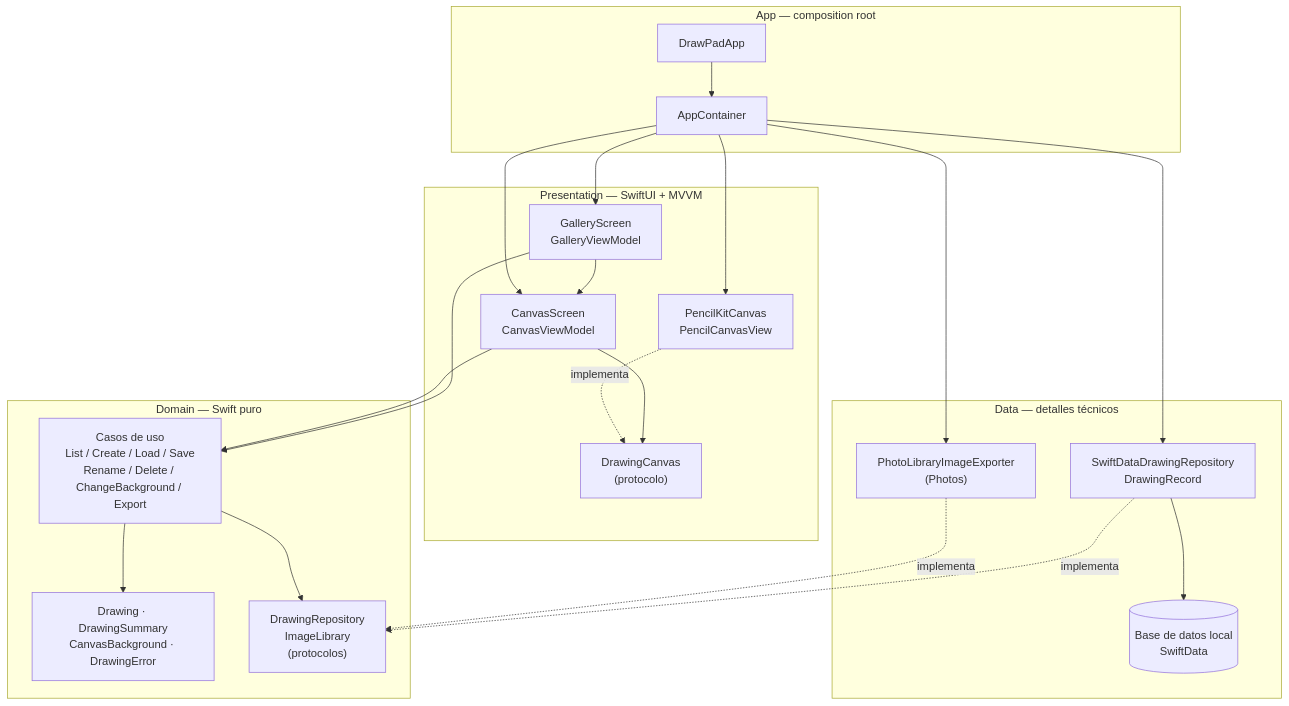
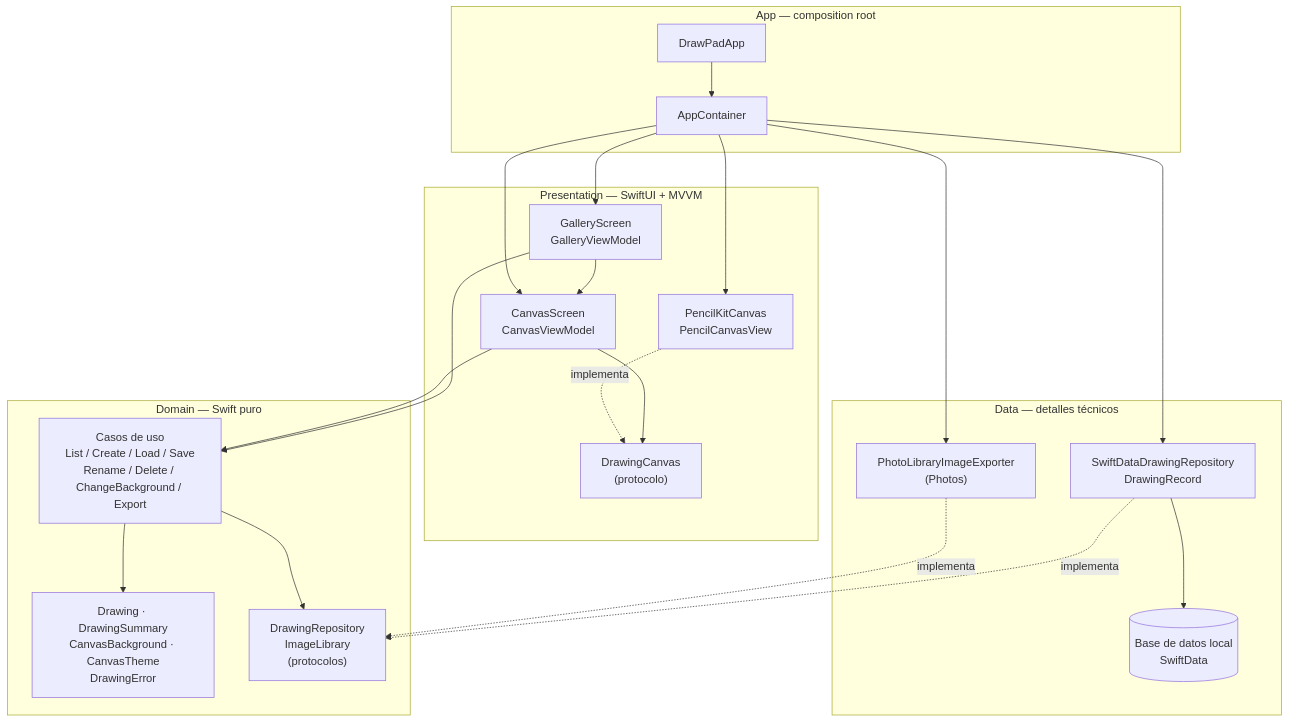
Before and after one commit to jhonjairo6230/DrawPad: the first of 9 diagrams in docs/arquitectura.md, drawn with Mermaid. The commit also changed other lines of this file and 21 other files, not shown here.

````diff
--- a/docs/arquitectura.md
+++ b/docs/arquitectura.md
@@ -13,40 +13,40 @@
 ```mermaid
 flowchart TB
     subgraph APP["App — composition root"]
         A1["DrawPadApp"]
         A2["AppContainer"]
     end
     subgraph PRES["Presentation — SwiftUI + MVVM"]
         G1["GalleryScreen<br/>GalleryViewModel"]
         P1["CanvasScreen<br/>CanvasViewModel"]
         P3["DrawingCanvas<br/>(protocolo)"]
         P4["PencilKitCanvas<br/>PencilCanvasView"]
     end
     subgraph DOM["Domain — Swift puro"]
         D1["Casos de uso<br/>List / Create / Load / Save<br/>Rename / Delete / ChangeBackground / Export"]
-        D2["Drawing · DrawingSummary<br/>CanvasBackground · DrawingError"]
+        D2["Drawing · DrawingSummary<br/>CanvasBackground · CanvasTheme<br/>DrawingError"]
         D3["DrawingRepository<br/>ImageLibrary<br/>(protocolos)"]
     end
     subgraph DATA["Data — detalles técnicos"]
         T1["SwiftDataDrawingRepository<br/>DrawingRecord"]
         T2["PhotoLibraryImageExporter<br/>(Photos)"]
         T3[("Base de datos local<br/>SwiftData")]
     end
 
     G1 --> P1
     G1 --> D1
     P1 --> P3
     P1 --> D1
     P4 -. implementa .-> P3
     D1 --> D2
     D1 --> D3
     T1 -. implementa .-> D3
     T2 -. implementa .-> D3
     T1 --> T3
     A1 --> A2
     A2 --> G1
     A2 --> P1
     A2 --> P4
     A2 --> T1
     A2 --> T2
 ```
````
